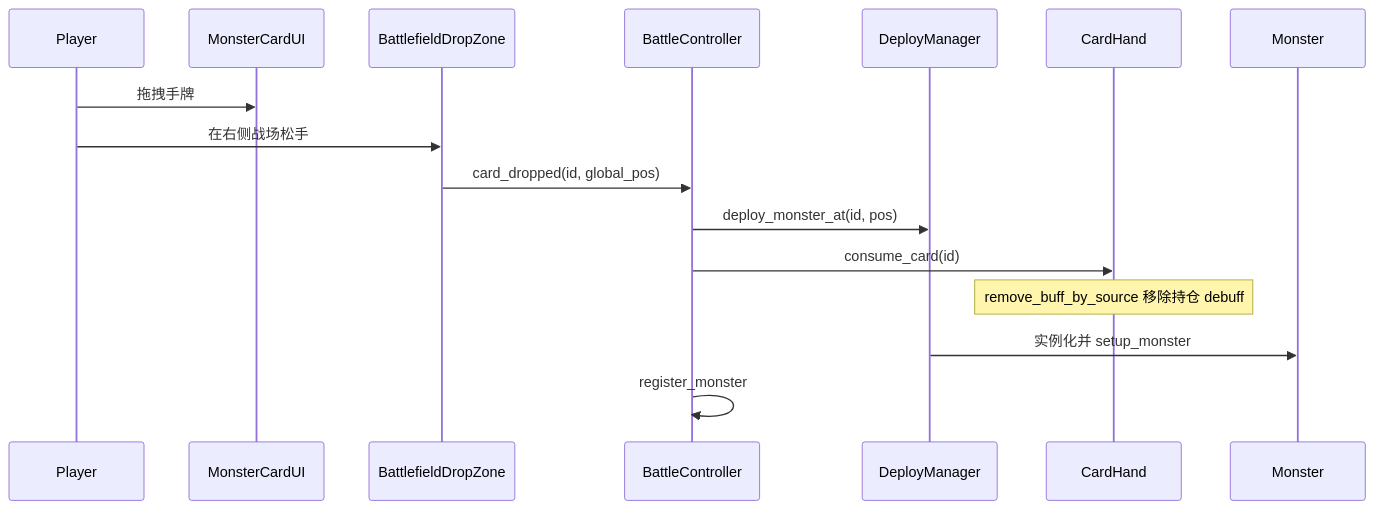
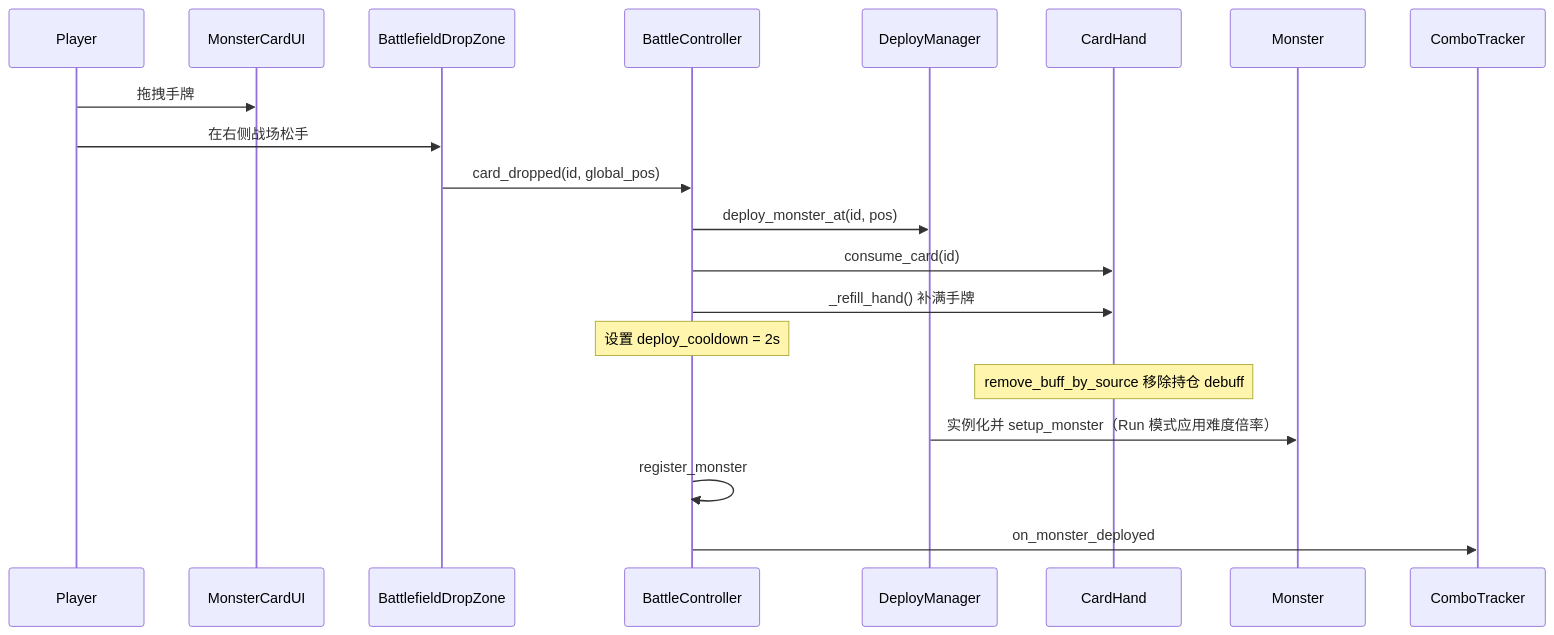
The second of 2 diagrams in docs/knowledge/03-战斗系统.md (yolk-l/free-fight), drawn with Mermaid before and after one commit. The commit also changed other lines of this file and 159 other files, not shown here.

````diff
--- a/docs/knowledge/03-战斗系统.md
+++ b/docs/knowledge/03-战斗系统.md
@@ -131,17 +152,20 @@
 ```mermaid
 sequenceDiagram
     participant Player
     participant Card as MonsterCardUI
     participant Zone as BattlefieldDropZone
     participant BC as BattleController
     participant DM as DeployManager
 
     Player->>Card: 拖拽手牌
     Player->>Zone: 在右侧战场松手
     Zone->>BC: card_dropped(id, global_pos)
     BC->>DM: deploy_monster_at(id, pos)
     BC->>CardHand: consume_card(id)
+    BC->>CardHand: _refill_hand() 补满手牌
+    Note over BC: 设置 deploy_cooldown = 2s
     Note over CardHand: remove_buff_by_source 移除持仓 debuff
-    DM->>Monster: 实例化并 setup_monster
+    DM->>Monster: 实例化并 setup_monster（Run 模式应用难度倍率）
     BC->>BC: register_monster
+    BC->>ComboTracker: on_monster_deployed
 ```
````
